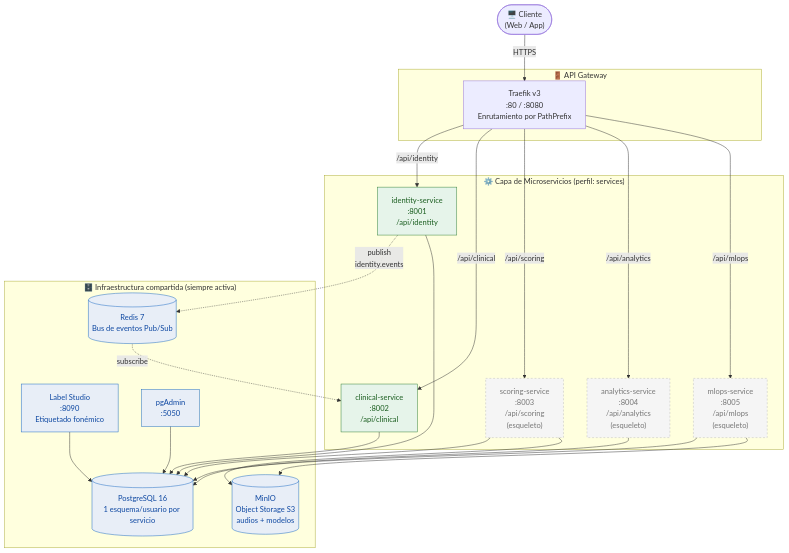
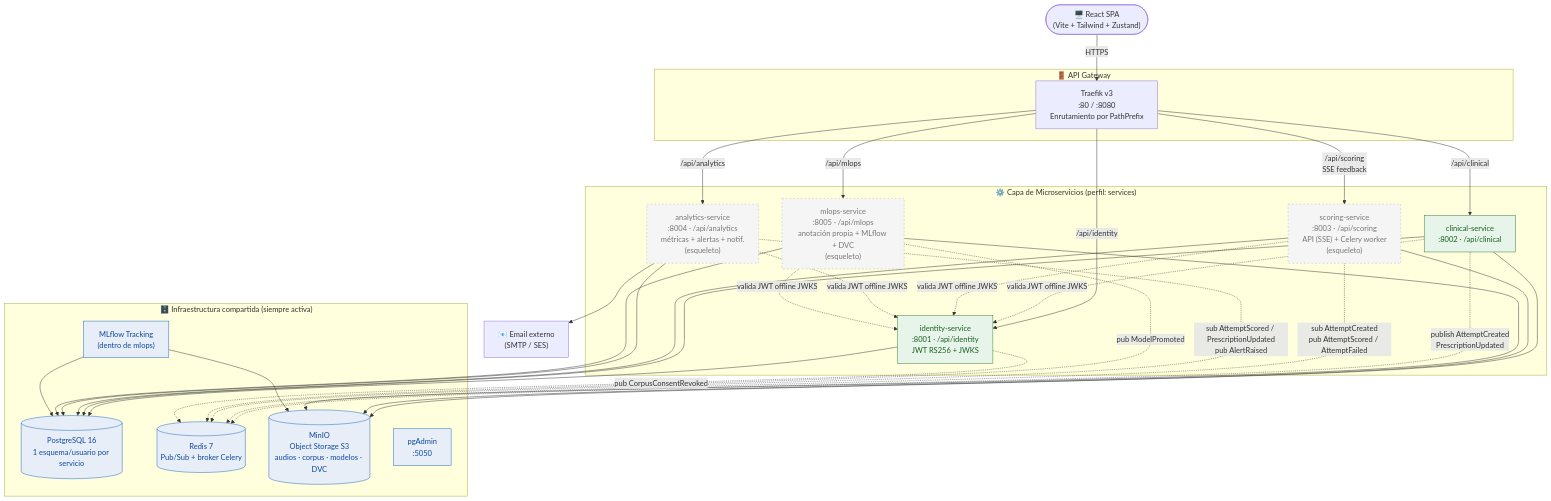
Before and after one commit to facupeletay/Fonia_Back: the first of 3 diagrams in docs/Diagrama-Estructura.md, drawn with Mermaid. The commit also changed other lines of this file and 34 other files, not shown here.

````diff
--- a/docs/Diagrama-Estructura.md
+++ b/docs/Diagrama-Estructura.md
@@ -17,52 +22,65 @@
 ```mermaid
 flowchart TB
-    Cliente(["🖥️ Cliente<br/>(Web / App)"])
+    Cliente(["🖥️ React SPA<br/>(Vite + Tailwind + Zustand)"])
 
     subgraph Gateway["🚪 API Gateway"]
         TF["Traefik v3<br/>:80 / :8080<br/>Enrutamiento por PathPrefix"]
     end
 
     subgraph Servicios["⚙️ Capa de Microservicios (perfil: services)"]
-        ID["identity-service<br/>:8001<br/>/api/identity"]
-        CL["clinical-service<br/>:8002<br/>/api/clinical"]
-        SC["scoring-service<br/>:8003<br/>/api/scoring<br/>(esqueleto)"]
-        AN["analytics-service<br/>:8004<br/>/api/analytics<br/>(esqueleto)"]
-        ML["mlops-service<br/>:8005<br/>/api/mlops<br/>(esqueleto)"]
+        ID["identity-service<br/>:8001 · /api/identity<br/>JWT RS256 + JWKS"]
+        CL["clinical-service<br/>:8002 · /api/clinical"]
+        SC["scoring-service<br/>:8003 · /api/scoring<br/>API (SSE) + Celery worker<br/>(esqueleto)"]
+        AN["analytics-service<br/>:8004 · /api/analytics<br/>métricas + alertas + notif.<br/>(esqueleto)"]
+        ML["mlops-service<br/>:8005 · /api/mlops<br/>anotación propia + MLflow + DVC<br/>(esqueleto)"]
     end
 
     subgraph Infra["🗄️ Infraestructura compartida (siempre activa)"]
         PG[("PostgreSQL 16<br/>1 esquema/usuario por servicio")]
-        RD[("Redis 7<br/>Bus de eventos Pub/Sub")]
-        MN[("MinIO<br/>Object Storage S3<br/>audios + modelos")]
-        LS["Label Studio<br/>:8090<br/>Etiquetado fonémico"]
+        RD[("Redis 7<br/>Pub/Sub + broker Celery")]
+        MN[("MinIO<br/>Object Storage S3<br/>audios · corpus · modelos · DVC")]
+        MLF["MLflow Tracking<br/>(dentro de mlops)"]
         PGA["pgAdmin<br/>:5050"]
     end
+
+    EMAIL["📧 Email externo<br/>(SMTP / SES)"]
 
     Cliente -->|HTTPS| TF
     TF -->|/api/identity| ID
     TF -->|/api/clinical| CL
-    TF -->|/api/scoring| SC
+    TF -->|/api/scoring<br/>SSE feedback| SC
     TF -->|/api/analytics| AN
     TF -->|/api/mlops| ML
 
-    ID -.->|publish<br/>identity.events| RD
-    RD -.->|subscribe| CL
+    CL -.->|publish AttemptCreated<br/>PrescriptionUpdated| RD
+    SC -.->|sub AttemptCreated<br/>pub AttemptScored / AttemptFailed| RD
+    AN -.->|sub AttemptScored / PrescriptionUpdated<br/>pub AlertRaised| RD
+    ML -.->|pub ModelPromoted| RD
+    ID -.->|pub CorpusConsentRevoked| RD
 
     ID --> PG
     CL --> PG
     SC --> PG
     AN --> PG
     ML --> PG
+    MLF --> PG
 
+    CL --> MN
     SC --> MN
     ML --> MN
-    LS --> PG
-    PGA --> PG
+    MLF --> MN
+
+    AN --> EMAIL
+
+    CL -.valida JWT offline JWKS.-> ID
+    SC -.valida JWT offline JWKS.-> ID
+    AN -.valida JWT offline JWKS.-> ID
+    ML -.valida JWT offline JWKS.-> ID
 
     classDef stub fill:#f5f5f5,stroke:#bbb,stroke-dasharray:4 4,color:#777;
     classDef done fill:#e6f4ea,stroke:#2e7d32,color:#1b5e20;
     classDef infra fill:#e8eef7,stroke:#1565c0,color:#0d47a1;
     class ID,CL done;
     class SC,AN,ML stub;
-    class PG,RD,MN,LS,PGA infra;
+    class PG,RD,MN,MLF,PGA infra;
 ```
````
